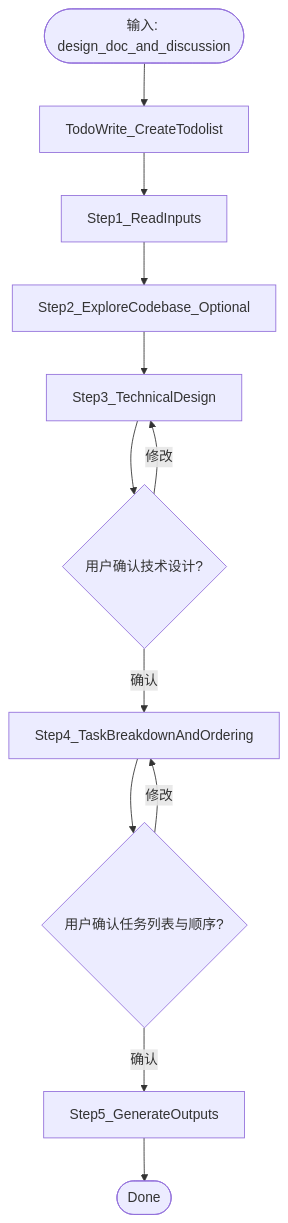
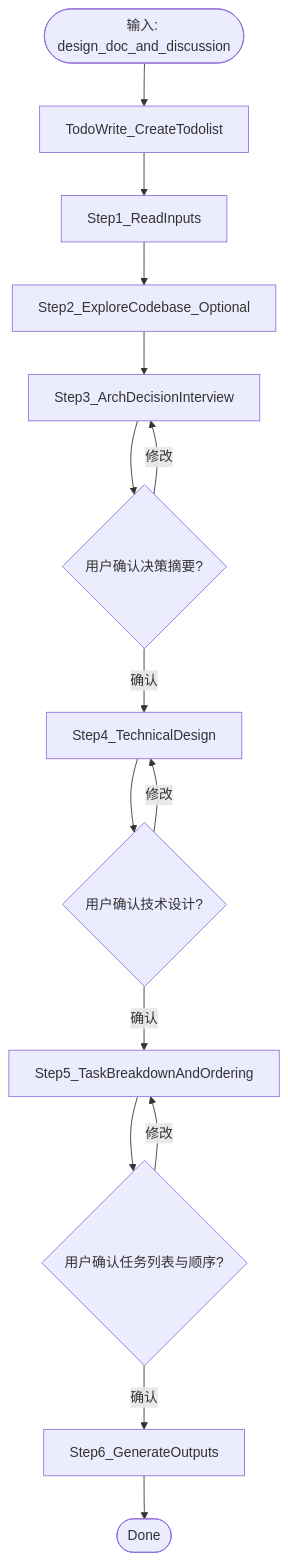
Before and after one commit to Hikaru518/opencode-config: the diagram in .opencode/skills/implementation-planning/SKILL.md, drawn with Mermaid. The commit also changed other lines of this file and 3 other files, not shown here.

````diff
--- a/.opencode/skills/implementation-planning/SKILL.md
+++ b/.opencode/skills/implementation-planning/SKILL.md
@@ -14,14 +20,17 @@
 ```mermaid
 flowchart TD
     startNode([输入: design_doc_and_discussion]) --> todoNode[TodoWrite_CreateTodolist]
     todoNode --> step1[Step1_ReadInputs]
     step1 --> step2[Step2_ExploreCodebase_Optional]
-    step2 --> step3[Step3_TechnicalDesign]
-    step3 --> reviewTech{用户确认技术设计?}
-    reviewTech -->|修改| step3
-    reviewTech -->|确认| step4
-    step4[Step4_TaskBreakdownAndOrdering] --> reviewTasks{用户确认任务列表与顺序?}
-    reviewTasks -->|修改| step4
-    reviewTasks -->|确认| step5
-    step5[Step5_GenerateOutputs] --> doneNode([Done])
+    step2 --> step3[Step3_ArchDecisionInterview]
+    step3 --> reviewDecision{用户确认决策摘要?}
+    reviewDecision -->|修改| step3
+    reviewDecision -->|确认| step4
+    step4[Step4_TechnicalDesign] --> reviewTech{用户确认技术设计?}
+    reviewTech -->|修改| step4
+    reviewTech -->|确认| step5
+    step5[Step5_TaskBreakdownAndOrdering] --> reviewTasks{用户确认任务列表与顺序?}
+    reviewTasks -->|修改| step5
+    reviewTasks -->|确认| step6
+    step6[Step6_GenerateOutputs] --> doneNode([Done])
 ```
````
